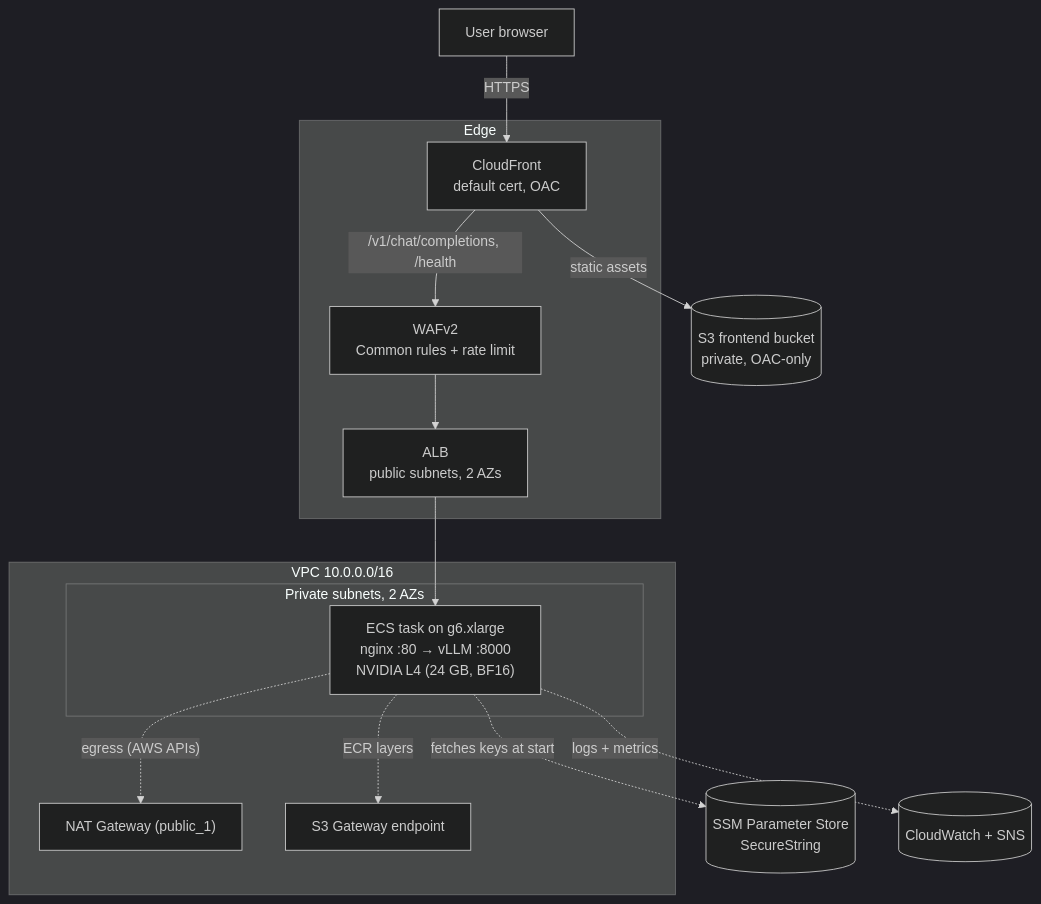
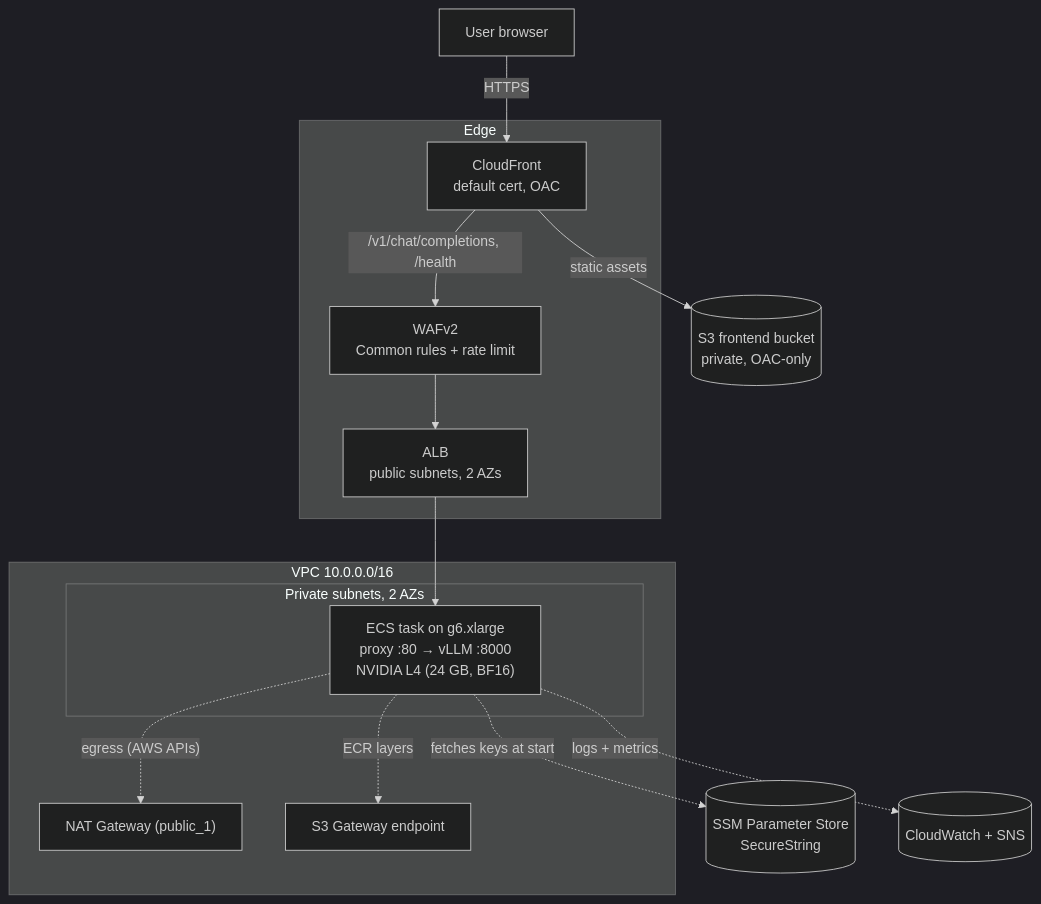
The diagram in README.md (dinosmuc/llm-cloud-deployment), drawn with Mermaid (dark theme) before and after one commit. The commit also changed other lines of this file and 18 other files, not shown here.

````diff
--- a/README.md
+++ b/README.md
@@ -13,30 +13,30 @@
 ```mermaid
 flowchart TB
     user["User browser"]
 
     subgraph edge["Edge"]
         cf["CloudFront<br/>default cert, OAC"]
         waf["WAFv2<br/>Common rules + rate limit"]
         alb["ALB<br/>public subnets, 2 AZs"]
     end
 
     subgraph vpc["VPC 10.0.0.0/16"]
         subgraph priv["Private subnets, 2 AZs"]
-            task["ECS task on g6.xlarge<br/>nginx :80 → vLLM :8000<br/>NVIDIA L4 (24 GB, BF16)"]
+            task["ECS task on g6.xlarge<br/>proxy :80 → vLLM :8000<br/>NVIDIA L4 (24 GB, BF16)"]
         end
         nat["NAT Gateway (public_1)"]
         s3gw["S3 Gateway endpoint"]
     end
 
     s3[("S3 frontend bucket<br/>private, OAC-only")]
     ssm[("SSM Parameter Store<br/>SecureString")]
     cwsns[("CloudWatch + SNS")]
 
     user -->|HTTPS| cf
     cf -->|static assets| s3
     cf -->|"/v1/chat/completions, /health"| waf --> alb --> task
     task -.->|"egress (AWS APIs)"| nat
     task -.->|"ECR layers"| s3gw
     task -.->|"fetches keys at start"| ssm
     task -.->|"logs + metrics"| cwsns
 ```
````
